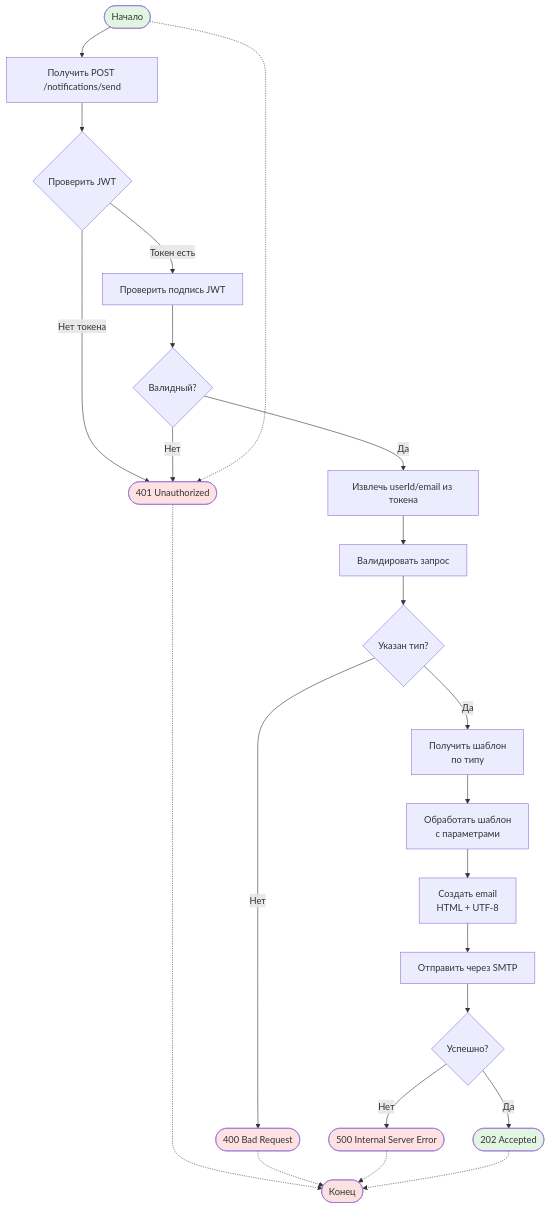
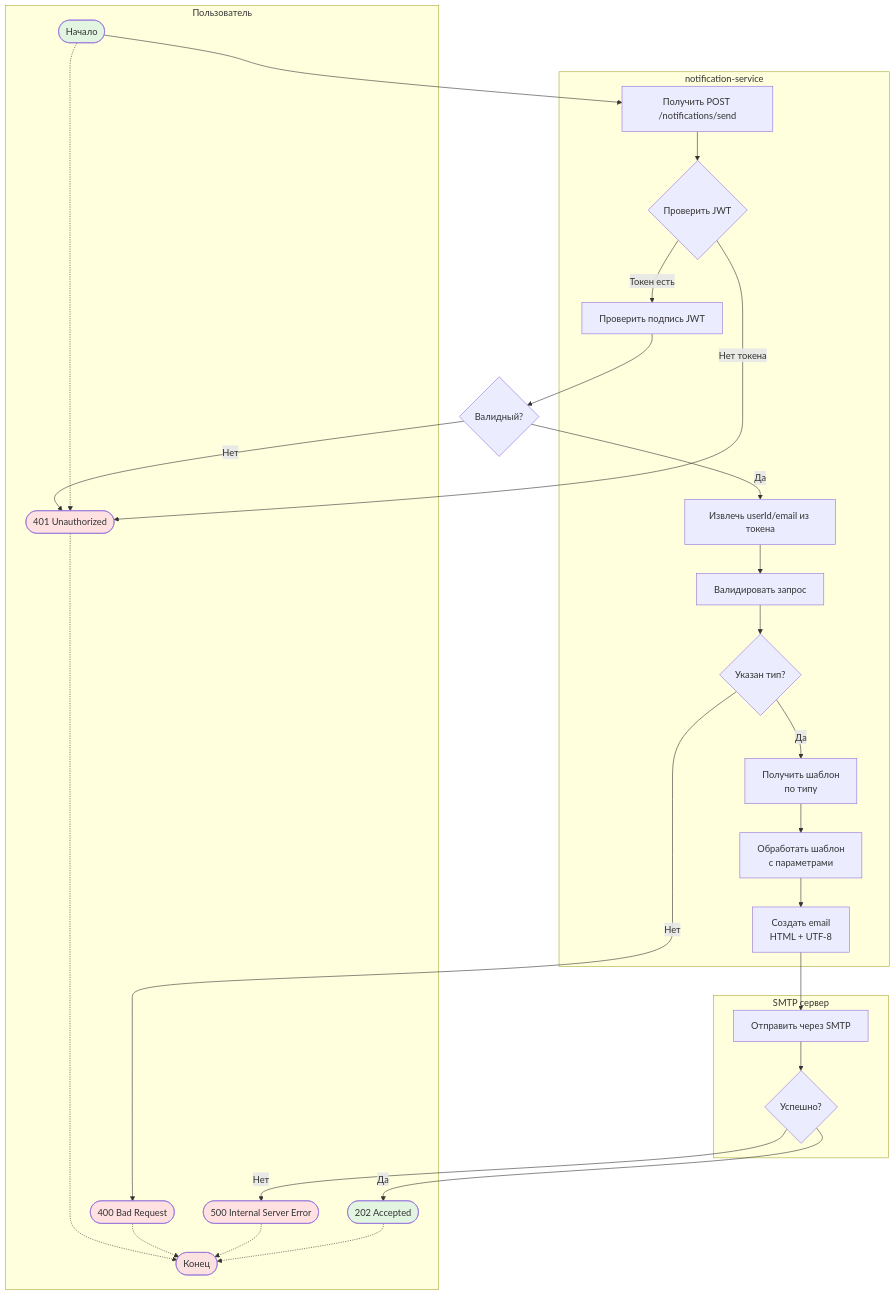
One commit to PawKorchagin/hrofos-domain-register changed the second of 4 diagrams in notification-service/README.md. Above: the diagram before and after it, drawn with Mermaid. The commit also changed other lines of this file and 7 other files, not shown here.

````diff
--- a/notification-service/README.md
+++ b/notification-service/README.md
@@ -197,41 +197,66 @@
 ```mermaid
-flowchart TD
-    Start([Начало]) --> ReceiveRequest[Получить POST /notifications/send]
+flowchart TB
+    subgraph UserLane["         Пользователь"]
+        Start([Начало])
+        Return401([401 Unauthorized])
+        Return400([400 Bad Request])
+        Return500([500 Internal Server Error])
+        Return202([202 Accepted])
+        End([Конец])
+    end
 
-    ReceiveRequest --> CheckAuth{Проверить JWT}
-    CheckAuth -- Нет токена --> Return401([401 Unauthorized])
-    CheckAuth -- Токен есть --> ValidateToken[Проверить подпись JWT]
+    subgraph NotificationLane["         notification-service"]
+        ReceiveRequest[Получить POST /notifications/send]
+        CheckAuth{Проверить JWT}
+        ValidateToken[Проверить подпись JWT]
+        ExtractUser[Извлечь userId/email из токена]
+        ValidateRequest[Валидировать запрос]
+        HasType{Указан тип?}
+        GetTemplate[Получить шаблон<br/>по типу]
+        ProcessTemplate[Обработать шаблон<br/>с параметрами]
+        CreateEmail[Создать email<br/>HTML + UTF-8]
+    end
+
+    subgraph SmtplLane["         SMTP сервер"]
+        SendSMTP[Отправить через SMTP]
+        IsSuccess{Успешно?}
+    end
+
+    Start --> ReceiveRequest
+    ReceiveRequest --> CheckAuth
+    CheckAuth -- Нет токена --> Return401
+    CheckAuth -- Токен есть --> ValidateToken
 
     ValidateToken --> IsValid{Валидный?}
-    IsValid -- Нет --> Return401([401 Unauthorized])
-    IsValid -- Да --> ExtractUser[Извлечь userId/email из токена]
+    IsValid -- Нет --> Return401
+    IsValid -- Да --> ExtractUser
 
-    ExtractUser --> ValidateRequest[Валидировать запрос]
+    ExtractUser --> ValidateRequest
 
-    ValidateRequest --> HasType{Указан тип?}
-    HasType -- Нет --> Return400([400 Bad Request])
-    HasType -- Да --> GetTemplate[Получить шаблон<br/>по типу]
+    ValidateRequest --> HasType
+    HasType -- Нет --> Return400
+    HasType -- Да --> GetTemplate
 
-    GetTemplate --> ProcessTemplate[Обработать шаблон<br/>с параметрами]
+    GetTemplate --> ProcessTemplate
 
-    ProcessTemplate --> CreateEmail[Создать email<br/>HTML + UTF-8]
+    ProcessTemplate --> CreateEmail
 
-    CreateEmail --> SendSMTP[Отправить через SMTP]
+    CreateEmail --> SendSMTP
 
-    SendSMTP --> IsSuccess{Успешно?}
-    IsSuccess -- Нет --> Return500([500 Internal Server Error])
-    IsSuccess -- Да --> Return202([202 Accepted])
+    SendSMTP --> IsSuccess
+    IsSuccess -- Нет --> Return500
+    IsSuccess -- Да --> Return202
 
     Start -.-> Return401
-    Return401 -.-> End([Конец])
+    Return401 -.-> End
     Return400 -.-> End
     Return500 -.-> End
     Return202 -.-> End
 
     style Start fill:#e1f5e1
     style End fill:#fce1e1
     style Return202 fill:#e1f5e1
     style Return401 fill:#ffe1e1
     style Return400 fill:#ffe1e1
     style Return500 fill:#ffe1e1
 ```
````
